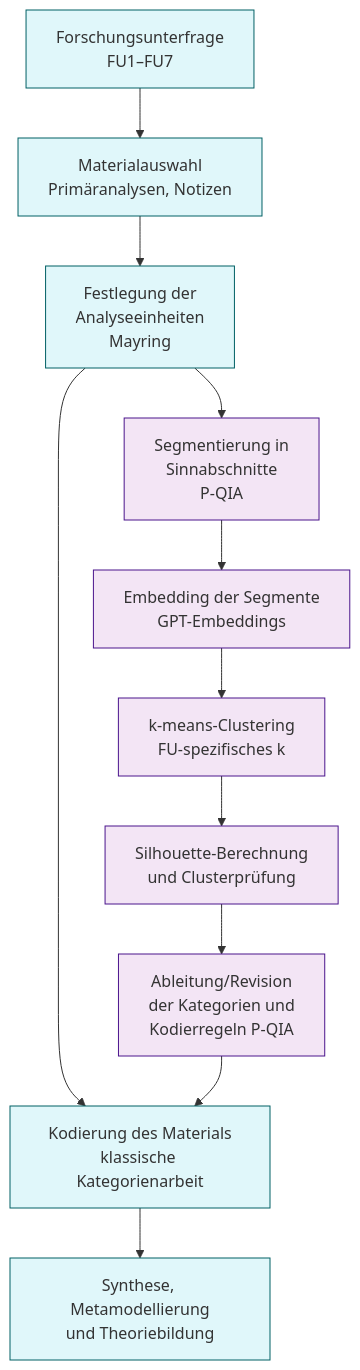
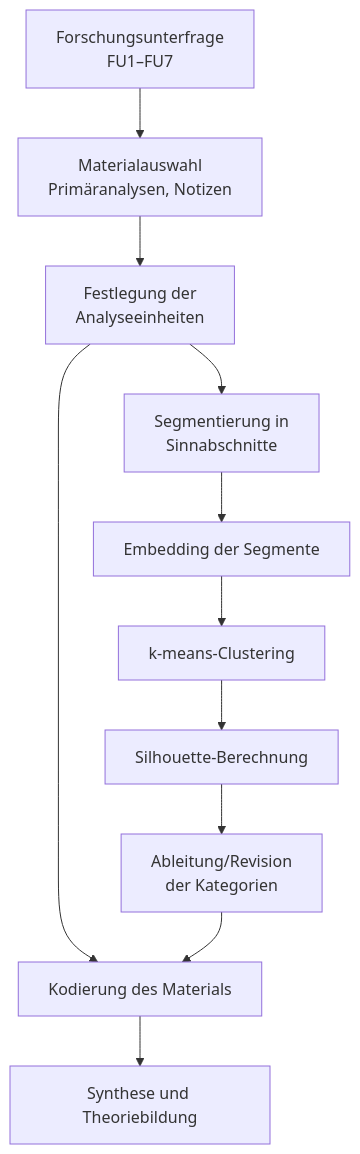
Before and after one commit to jochen-hanisch/research: the diagram in Promotion/04 Kapitelstruktur/04-04 Methodologie/04-04 Methodologie.md, drawn with Mermaid. The commit also changed other lines of this file, not shown here.

````diff
--- a/Promotion/04 Kapitelstruktur/04-04 Methodologie/04-04 Methodologie.md
+++ b/Promotion/04 Kapitelstruktur/04-04 Methodologie/04-04 Methodologie.md
@@ -407,25 +246,13 @@
 ```mermaid
 flowchart TD
     A[Forschungsunterfrage<br/>FU1–FU7] --> B[Materialauswahl<br/>Primäranalysen, Notizen]
-    B --> C[Festlegung der<br/>Analyseeinheiten<br/>Mayring]
-
-    %% Klassischer Mayring-Pfad
-    C --> I[Kodierung des Materials<br/>klassische Kategorienarbeit]
-
-    %% P‑QIA-Pfad (parallel)
-    C --> D[Segmentierung in<br/>Sinnabschnitte<br/>P‑QIA]
-    D --> E[Embedding der Segmente<br/>GPT-Embeddings]
-    E --> F[k-means-Clustering<br/>FU-spezifisches k]
-    F --> G[Silhouette-Berechnung<br/>und Clusterprüfung]
-    G --> H[Ableitung/Revision<br/>der Kategorien und<br/>Kodierregeln P‑QIA]
+    B --> C[Festlegung der<br/>Analyseeinheiten]
+    C --> I[Kodierung des Materials]
+    C --> D[Segmentierung in<br/>Sinnabschnitte]
+    D --> E[Embedding der Segmente]
+    E --> F[k-means-Clustering]
+    F --> G[Silhouette-Berechnung]
+    G --> H[Ableitung/Revision<br/>der Kategorien]
     H --> I
-
-    %% Gemeinsame Synthese
-    I --> J[Synthese, Metamodellierung<br/>und Theoriebildung]
-
-    classDef mayring fill:#e0f7fa,stroke:#006064,stroke-width:1px;
-    classDef pqia fill:#f3e5f5,stroke:#4a148c,stroke-width:1px;
-
-    class A,B,C,I,J mayring;
-    class D,E,F,G,H pqia;
+    I --> J[Synthese und Theoriebildung]
 ```
````
